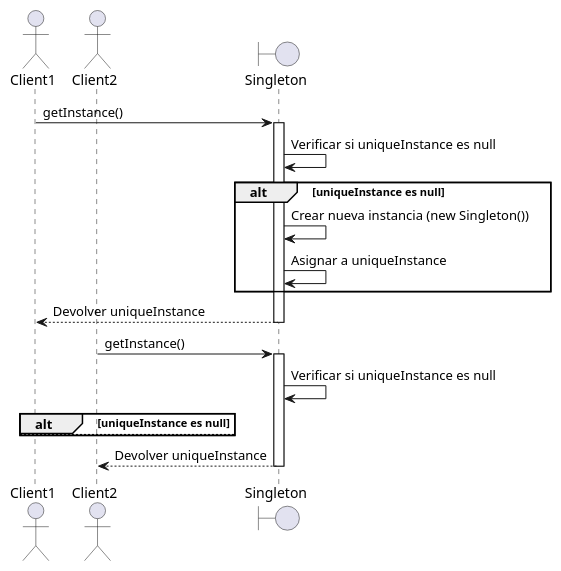
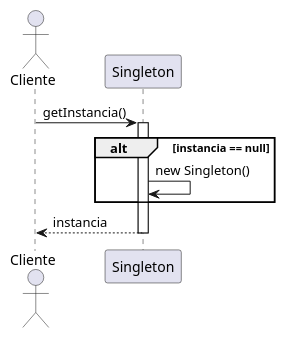
Before and after one commit to INGCOM-UNRN-PII/INGCOM-UNRN-PII.github.io: the second of 2 diagrams in parte_4/creacionales/singleton.md, drawn with PlantUML. The commit also changed other lines of this file and 4 other files, not shown here.

````diff
--- a/parte_4/creacionales/singleton.md
+++ b/parte_4/creacionales/singleton.md
@@ -138,28 +95,14 @@
 ```plantuml
 @startuml
-actor Client1
-actor Client2
-boundary Singleton
+actor Cliente
+participant Singleton
 
-Client1 -> Singleton: getInstance()
+Cliente -> Singleton: getInstancia()
 activate Singleton
-Singleton -> Singleton: Verificar si uniqueInstance es null
-alt uniqueInstance es null
-  Singleton -> Singleton: Crear nueva instancia (new Singleton())
-  Singleton -> Singleton: Asignar a uniqueInstance
+alt instancia == null
+  Singleton -> Singleton: new Singleton()
 end
-Singleton --> Client1: Devolver uniqueInstance
-deactivate Singleton
-
-Client2 -> Singleton: getInstance()
-activate Singleton
-Singleton -> Singleton: Verificar si uniqueInstance es null
-alt uniqueInstance es null
-  ' Este bloque no se ejecuta en este caso porque ya se creó la instancia
-else
-  ' uniqueInstance ya tiene la instancia creada
-end
-Singleton --> Client2: Devolver uniqueInstance
+Singleton --> Cliente: instancia
 deactivate Singleton
 @enduml
 ```
````
